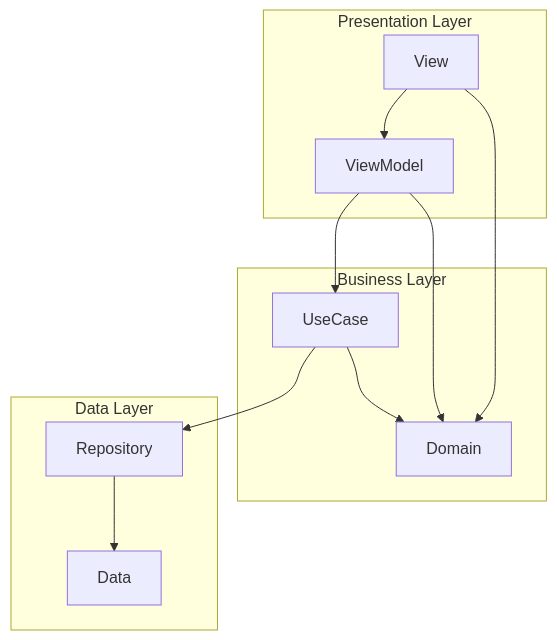
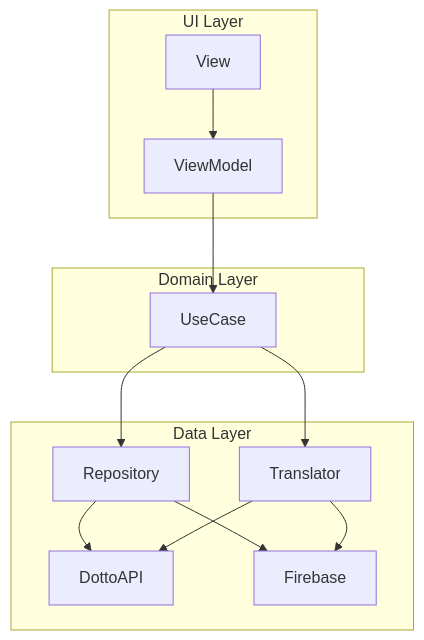
Before and after one commit to fun-dotto/dotto: the diagram in docs/architecture/README.md, drawn with Mermaid. The commit also changed other lines of this file, not shown here.

Commit message:
Update architecture

````diff
--- a/docs/architecture/README.md
+++ b/docs/architecture/README.md
@@ -5,16 +11,17 @@
 ```mermaid
 graph TD;
-  subgraph Presentation Layer
+  subgraph UI Layer
     View-->ViewModel;
   end
-  View-->Domain;
-  ViewModel-->Domain;
-  ViewModel-->UseCase;
-  subgraph Business Layer
-    UseCase-->Domain;
+  subgraph Domain Layer
+    ViewModel-->UseCase;
   end
   subgraph Data Layer
     UseCase-->Repository;
-    Repository-->Data;
+    UseCase-->Translator;
+    Repository-->DottoAPI;
+    Repository-->Firebase;
+    Translator-->DottoAPI;
+    Translator-->Firebase;
   end
 ```
````
